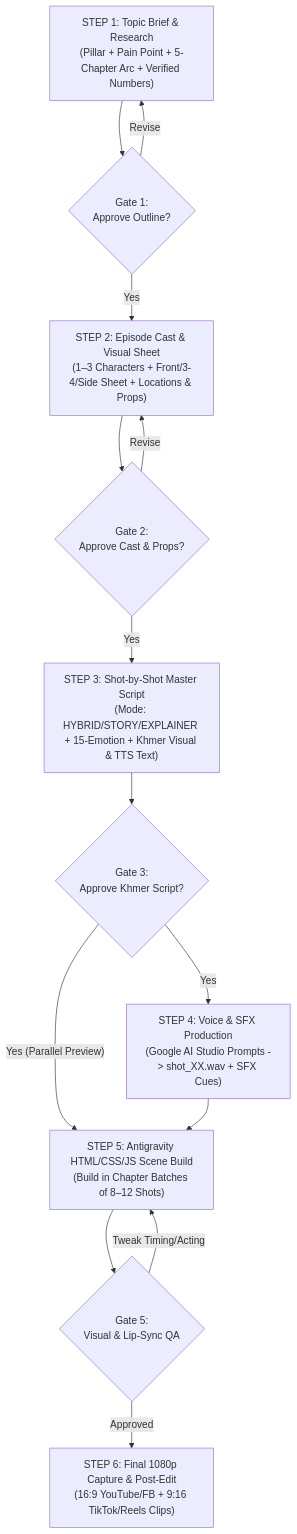
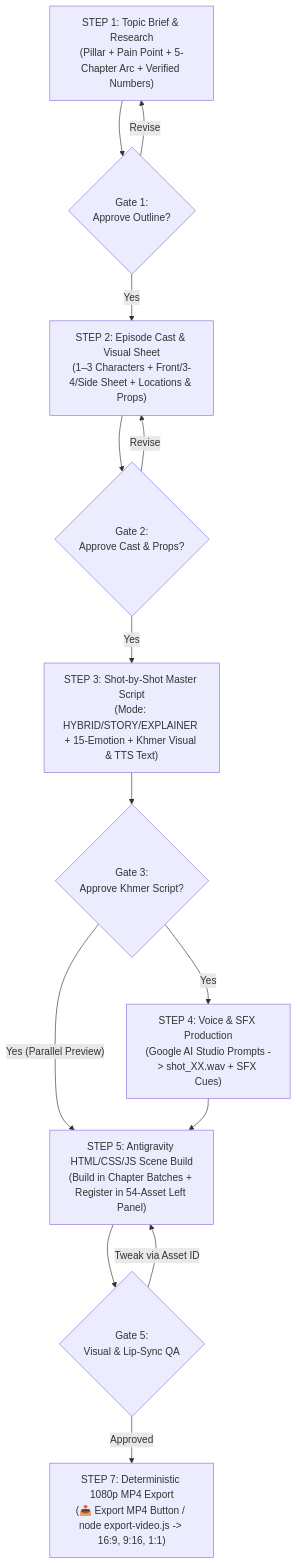
One commit to Chhay67/2d-stick-studio changed the diagram in docs/WORKFLOW_SOP.md. Above: the diagram before and after it, drawn with Mermaid. The commit also changed other lines of this file and 4374 other files, not shown here.

````diff
--- a/docs/WORKFLOW_SOP.md
+++ b/docs/WORKFLOW_SOP.md
@@ -9,16 +9,16 @@
 ```mermaid
 flowchart TD
     S1["STEP 1: Topic Brief & Research<br/>(Pillar + Pain Point + 5-Chapter Arc + Verified Numbers)"] --> G1{"Gate 1:<br/>Approve Outline?"}
     G1 -- Yes --> S2["STEP 2: Episode Cast & Visual Sheet<br/>(1–3 Characters + Front/3-4/Side Sheet + Locations & Props)"]
     G1 -- Revise --> S1
     S2 --> G2{"Gate 2:<br/>Approve Cast & Props?"}
     G2 -- Yes --> S3["STEP 3: Shot-by-Shot Master Script<br/>(Mode: HYBRID/STORY/EXPLAINER + 15-Emotion + Khmer Visual & TTS Text)"]
     G2 -- Revise --> S2
     S3 --> G3{"Gate 3:<br/>Approve Khmer Script?"}
     G3 -- Yes --> S4["STEP 4: Voice & SFX Production<br/>(Google AI Studio Prompts -> shot_XX.wav + SFX Cues)"]
-    G3 -- Yes (Parallel Preview) --> S5["STEP 5: Antigravity HTML/CSS/JS Scene Build<br/>(Build in Chapter Batches of 8–12 Shots)"]
+    G3 -- Yes (Parallel Preview) --> S5["STEP 5: Antigravity HTML/CSS/JS Scene Build<br/>(Build in Chapter Batches + Register in 54-Asset Left Panel)"]
     S4 --> S5
     S5 --> G5{"Gate 5:<br/>Visual & Lip-Sync QA"}
-    G5 -- Tweak Timing/Acting --> S5
-    G5 -- Approved --> S6["STEP 6: Final 1080p Capture & Post-Edit<br/>(16:9 YouTube/FB + 9:16 TikTok/Reels Clips)"]
+    G5 -- Tweak via Asset ID --> S5
+    G5 -- Approved --> S6["STEP 7: Deterministic 1080p MP4 Export<br/>(📥 Export MP4 Button / node export-video.js -> 16:9, 9:16, 1:1)"]
 ```
````
